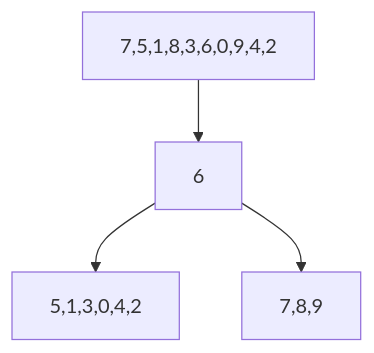
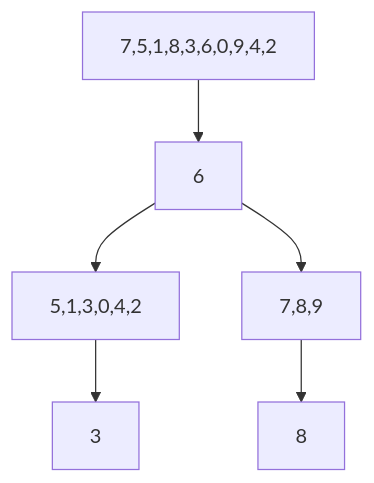
Before and after one commit to demirkolorg/BINARY-SEARCH-TREE: the diagram in README.md, drawn with Mermaid.

````diff
--- a/README.md
+++ b/README.md
@@ -15,9 +15,13 @@
 ```mermaid
   graph TD;
         7,5,1,8,3,6,0,9,4,2 -->6;
 
         6-->5,1,3,0,4,2;
+
+        5,1,3,0,4,2-->3;
+
         6-->7,8,9;
+        7,8,9-->8;
         
     
 ```
````
